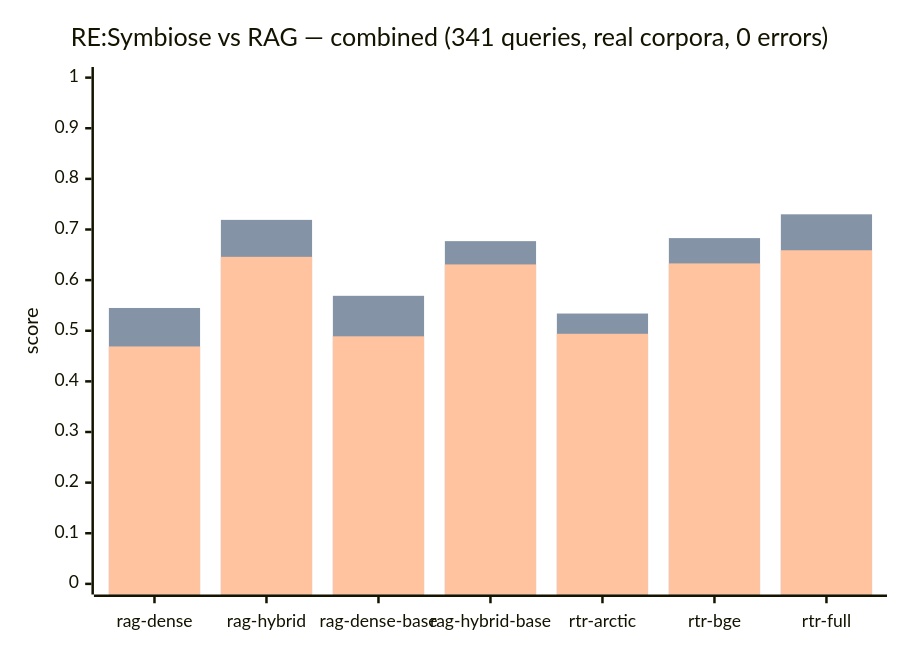
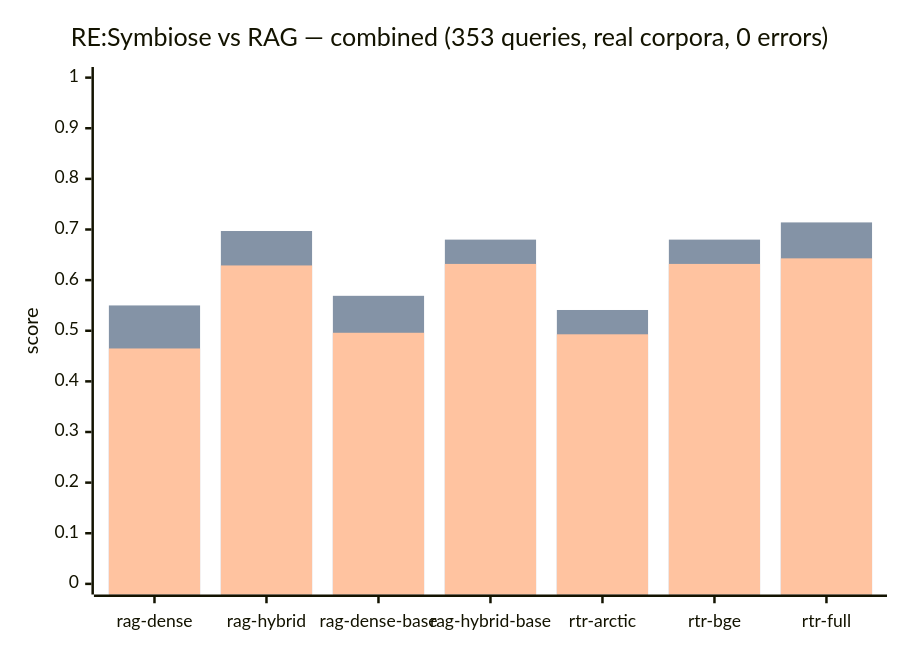
Before and after one commit to Nova-Violet-Role/RTR-RE: the diagram in eval/versus.mmd, drawn with Mermaid. The commit also changed 4 other files, not shown here.

```diff
--- a/eval/versus.mmd
+++ b/eval/versus.mmd
@@ -1,9 +1,9 @@
 %% SPDX-FileCopyrightText: Nova-Violet Role ORG
 %% SPDX-License-Identifier: EUPL-1.2 OR AGPL-3.0-or-later
 xychart-beta
-    title "RE:Symbiose vs RAG — combined (341 queries, real corpora, 0 errors)"
+    title "RE:Symbiose vs RAG — combined (353 queries, real corpora, 0 errors)"
     x-axis ["rag-dense", "rag-hybrid", "rag-dense-base", "rag-hybrid-base", "rtr-arctic", "rtr-bge", "rtr-full"]
     y-axis "score" 0 --> 1
-    bar "R@1" [0.408, 0.595, 0.434, 0.598, 0.466, 0.598, 0.607]
-    bar "R@3" [0.545, 0.719, 0.569, 0.677, 0.534, 0.683, 0.730]
-    bar "MRR" [0.469, 0.646, 0.489, 0.631, 0.494, 0.633, 0.659]
+    bar "R@1" [0.399, 0.581, 0.442, 0.598, 0.459, 0.598, 0.589]
+    bar "R@3" [0.550, 0.697, 0.569, 0.680, 0.541, 0.680, 0.714]
+    bar "MRR" [0.465, 0.629, 0.496, 0.632, 0.493, 0.632, 0.643]
```
